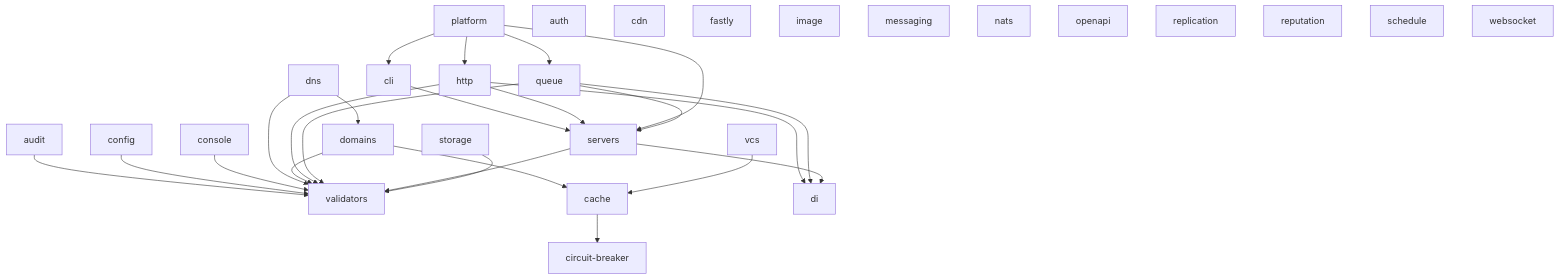
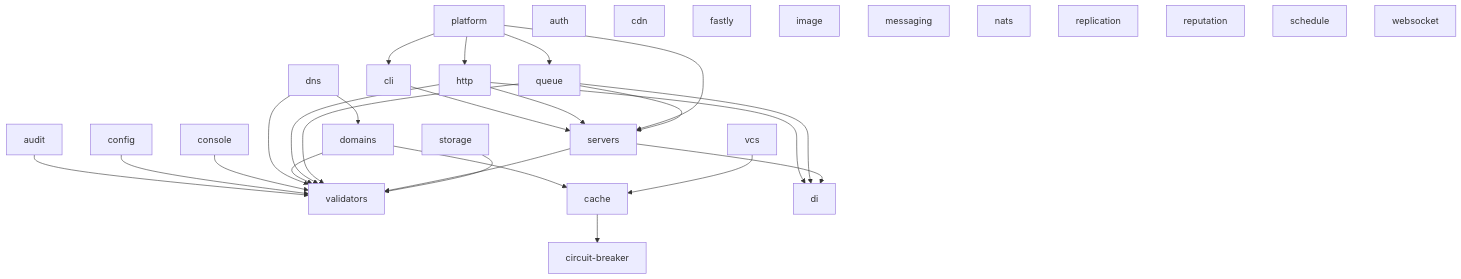
Before and after one commit to Neekoras/monorepo: the diagram in README.md, drawn with Mermaid. The commit also changed other lines of this file and 72 other files, not shown here.

````diff
--- a/README.md
+++ b/README.md
@@ -52,37 +52,36 @@
 ```mermaid
 graph TD
     audit --> validators
     cache --> circuit-breaker
     cli --> servers
     config --> validators
     console --> validators
     dns --> validators
     dns --> domains
     domains --> validators
     domains --> cache
     http --> di
     http --> servers
     http --> validators
     platform --> cli
     platform --> http
     platform --> queue
     platform --> servers
     queue --> di
     queue --> servers
     queue --> validators
     servers --> di
     servers --> validators
     storage --> validators
     vcs --> cache
     auth
     cdn
     fastly
     image
     messaging
     nats
-    openapi
     replication
     reputation
     schedule
     websocket
 ```
````
